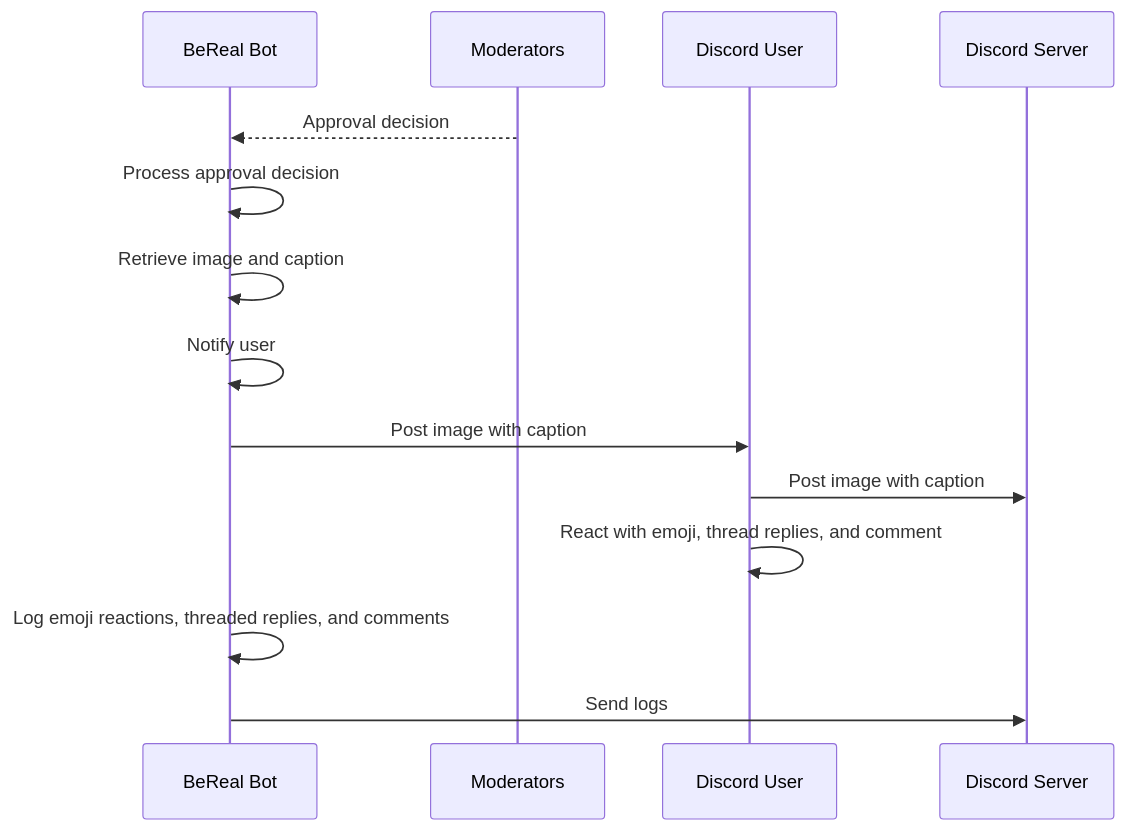
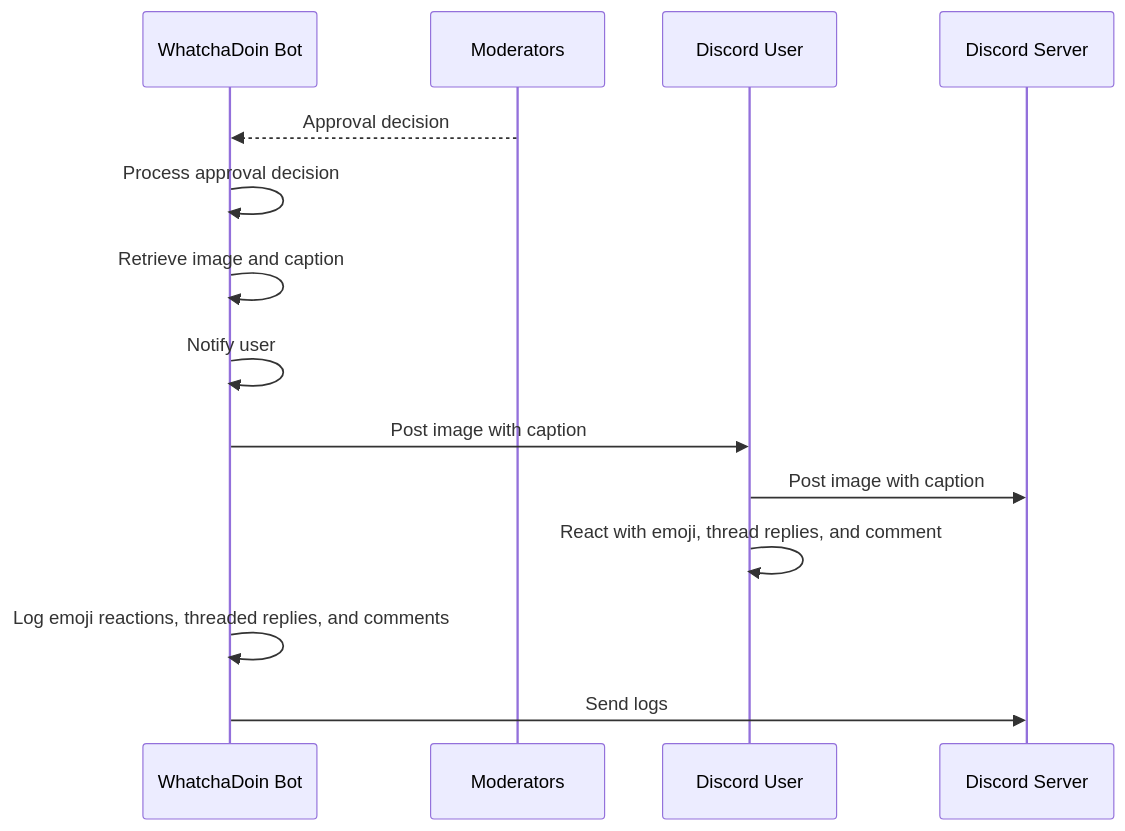
Before and after one commit to Capstone-Projects-2023-Fall/project-bereal-meets-slack: the sixth of 11 diagrams in documentation/docs/system-architecture/design.md, drawn with Mermaid. The commit also changed other lines of this file, not shown here.

````diff
--- a/documentation/docs/system-architecture/design.md
+++ b/documentation/docs/system-architecture/design.md
@@ -323,19 +323,19 @@
 ```mermaid
 
 sequenceDiagram
-    participant BeRealBot as BeReal Bot
+    participant WhatchaDoinBot as WhatchaDoin Bot
     participant Moderators as Moderators
     participant User as Discord User
     participant Server as Discord Server
 
-    Moderators -->> BeRealBot: Approval decision
-    BeRealBot ->> BeRealBot: Process approval decision
-    BeRealBot ->> BeRealBot: Retrieve image and caption
-    BeRealBot ->> BeRealBot: Notify user
-    BeRealBot ->> User: Post image with caption
+    Moderators -->> WhatchaDoinBot: Approval decision
+    WhatchaDoinBot ->> WhatchaDoinBot: Process approval decision
+    WhatchaDoinBot ->> WhatchaDoinBot: Retrieve image and caption
+    WhatchaDoinBot ->> WhatchaDoinBot: Notify user
+    WhatchaDoinBot ->> User: Post image with caption
     User ->> Server: Post image with caption
     User ->> User: React with emoji, thread replies, and comment
-    BeRealBot ->> BeRealBot: Log emoji reactions, threaded replies, and comments
-    BeRealBot ->> Server: Send logs
+    WhatchaDoinBot ->> WhatchaDoinBot: Log emoji reactions, threaded replies, and comments
+    WhatchaDoinBot ->> Server: Send logs
 
 ```
````
